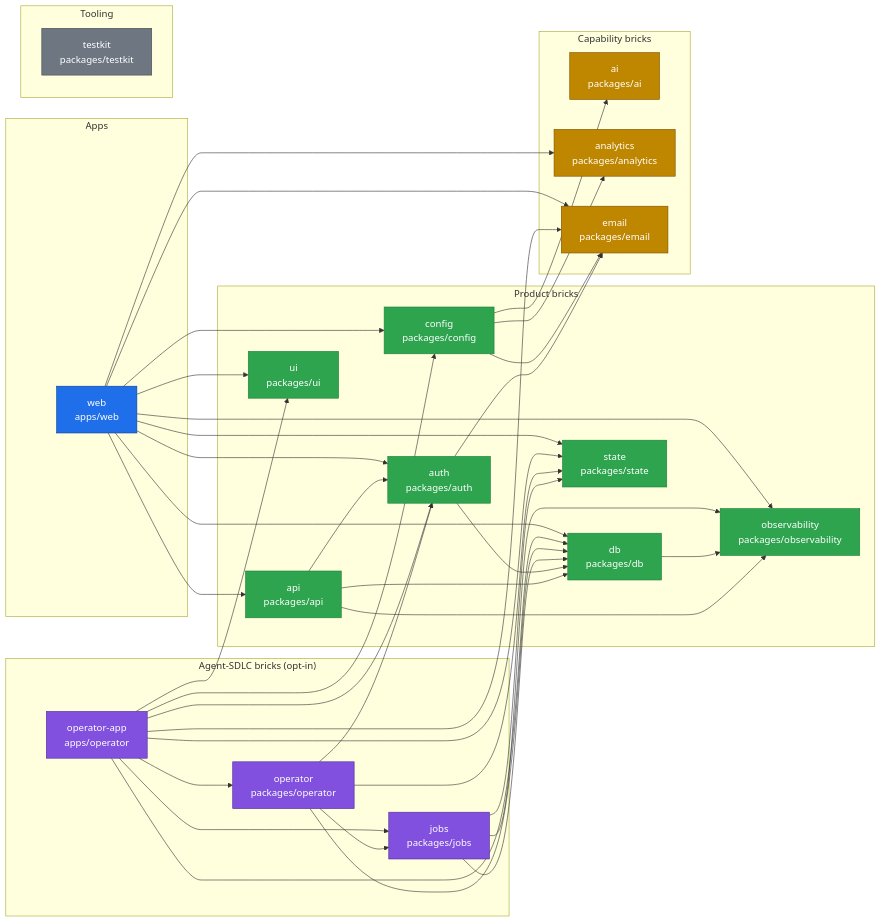
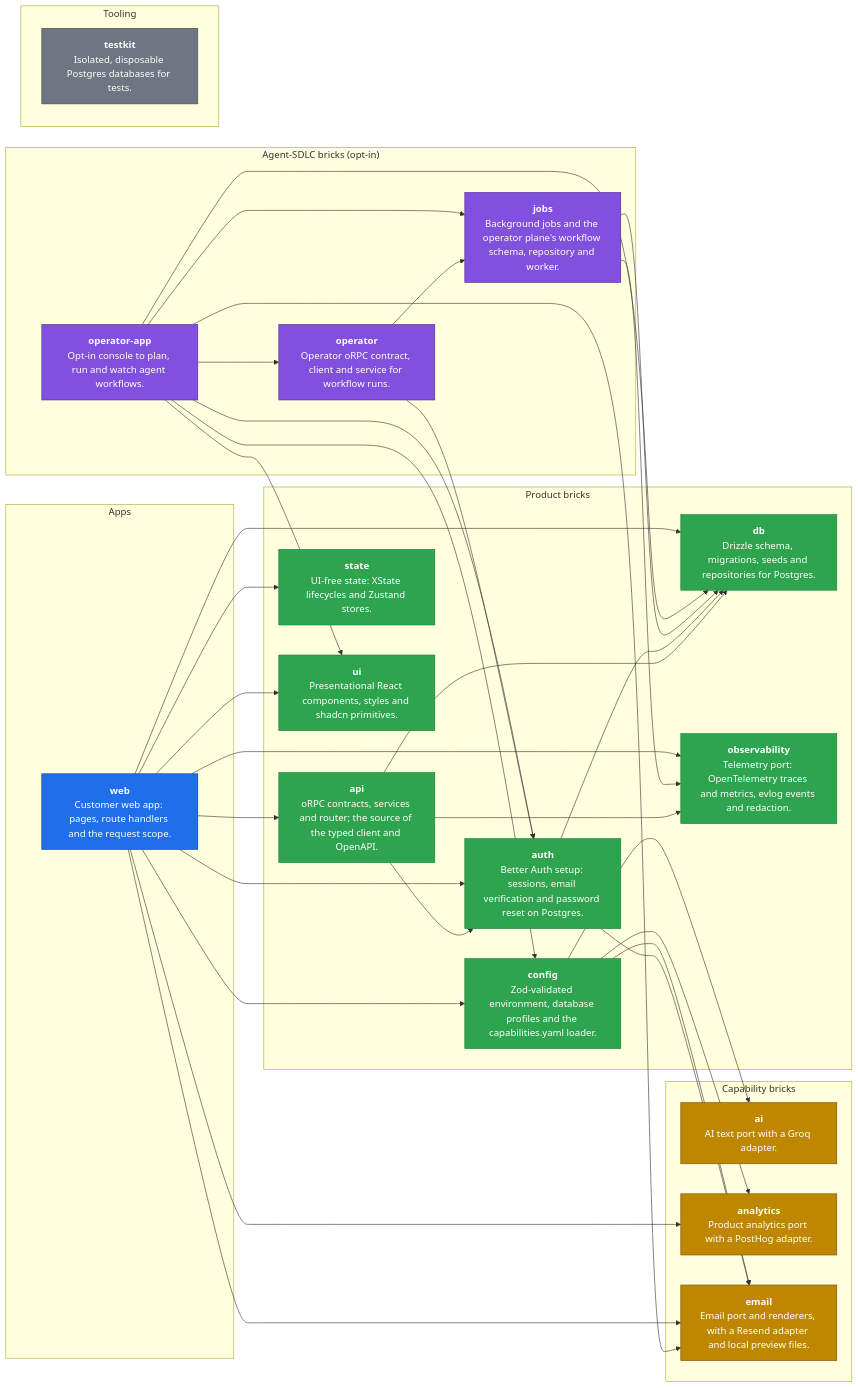
Before and after one commit to jeffscottward/darkfactory: the diagram in docs/generated/package-graph.md, drawn with Mermaid. The commit also changed other lines of this file and 183 other files, not shown here.

````diff
--- a/docs/generated/package-graph.md
+++ b/docs/generated/package-graph.md
@@ -7,71 +7,66 @@
 ```mermaid
 flowchart LR
   subgraph appBricks["Apps"]
-    darkfactory_web["web<br/>apps/web"]
+    darkfactory_web["<b>web</b><br/>Customer web app: pages, route handlers and the request scope."]
   end
   subgraph productBricks["Product bricks"]
-    darkfactory_api["api<br/>packages/api"]
-    darkfactory_auth["auth<br/>packages/auth"]
-    darkfactory_config["config<br/>packages/config"]
-    darkfactory_db["db<br/>packages/db"]
-    darkfactory_observability["observability<br/>packages/observability"]
-    darkfactory_state["state<br/>packages/state"]
-    darkfactory_ui["ui<br/>packages/ui"]
+    darkfactory_api["<b>api</b><br/>oRPC contracts, services and router; the source of the typed client and OpenAPI."]
+    darkfactory_auth["<b>auth</b><br/>Better Auth setup: sessions, email verification and password reset on Postgres."]
+    darkfactory_config["<b>config</b><br/>Zod-validated environment, database profiles and the capabilities.yaml loader."]
+    darkfactory_db["<b>db</b><br/>Drizzle schema, migrations, seeds and repositories for Postgres."]
+    darkfactory_observability["<b>observability</b><br/>Telemetry port: OpenTelemetry traces and metrics, evlog events and redaction."]
+    darkfactory_state["<b>state</b><br/>UI-free state: XState lifecycles and Zustand stores."]
+    darkfactory_ui["<b>ui</b><br/>Presentational React components, styles and shadcn primitives."]
   end
   subgraph capabilityBricks["Capability bricks"]
-    darkfactory_ai["ai<br/>packages/ai"]
-    darkfactory_analytics["analytics<br/>packages/analytics"]
-    darkfactory_email["email<br/>packages/email"]
+    darkfactory_ai["<b>ai</b><br/>AI text port with a Groq adapter."]
+    darkfactory_analytics["<b>analytics</b><br/>Product analytics port with a PostHog adapter."]
+    darkfactory_email["<b>email</b><br/>Email port and renderers, with a Resend adapter and local preview files."]
   end
   subgraph agentSdlcBricks["Agent-SDLC bricks (opt-in)"]
-    darkfactory_jobs["jobs<br/>packages/jobs"]
-    darkfactory_operator["operator<br/>packages/operator"]
-    darkfactory_operator_app["operator-app<br/>apps/operator"]
+    darkfactory_jobs["<b>jobs</b><br/>Background jobs and the operator plane's workflow schema, repository and worker."]
+    darkfactory_operator["<b>operator</b><br/>Operator oRPC contract, client and service for workflow runs."]
+    darkfactory_operator_app["<b>operator-app</b><br/>Opt-in console to plan, run and watch agent workflows."]
   end
   subgraph toolingBricks["Tooling"]
-    darkfactory_testkit["testkit<br/>packages/testkit"]
+    darkfactory_testkit["<b>testkit</b><br/>Isolated, disposable Postgres databases for tests."]
   end
   darkfactory_api --> darkfactory_auth
   darkfactory_api --> darkfactory_db
   darkfactory_api --> darkfactory_observability
   darkfactory_auth --> darkfactory_db
   darkfactory_auth --> darkfactory_email
   darkfactory_config --> darkfactory_ai
   darkfactory_config --> darkfactory_analytics
   darkfactory_config --> darkfactory_email
-  darkfactory_db --> darkfactory_observability
   darkfactory_jobs --> darkfactory_db
   darkfactory_jobs --> darkfactory_observability
-  darkfactory_jobs --> darkfactory_state
   darkfactory_operator --> darkfactory_auth
-  darkfactory_operator --> darkfactory_db
   darkfactory_operator --> darkfactory_jobs
-  darkfactory_operator --> darkfactory_state
   darkfactory_operator_app --> darkfactory_auth
   darkfactory_operator_app --> darkfactory_config
   darkfactory_operator_app --> darkfactory_db
   darkfactory_operator_app --> darkfactory_email
   darkfactory_operator_app --> darkfactory_jobs
   darkfactory_operator_app --> darkfactory_operator
-  darkfactory_operator_app --> darkfactory_state
   darkfactory_operator_app --> darkfactory_ui
   darkfactory_web --> darkfactory_analytics
   darkfactory_web --> darkfactory_api
   darkfactory_web --> darkfactory_auth
   darkfactory_web --> darkfactory_config
   darkfactory_web --> darkfactory_db
   darkfactory_web --> darkfactory_email
   darkfactory_web --> darkfactory_observability
   darkfactory_web --> darkfactory_state
   darkfactory_web --> darkfactory_ui
   classDef app fill:#1f6feb,stroke:#0b3d91,color:#ffffff
   class darkfactory_web app
   classDef product fill:#2ea44f,stroke:#1a7f37,color:#ffffff
   class darkfactory_api,darkfactory_auth,darkfactory_config,darkfactory_db,darkfactory_observability,darkfactory_state,darkfactory_ui product
   classDef capability fill:#bf8700,stroke:#7d4e00,color:#ffffff
   class darkfactory_ai,darkfactory_analytics,darkfactory_email capability
   classDef agentSdlc fill:#8250df,stroke:#512a97,color:#ffffff
   class darkfactory_jobs,darkfactory_operator,darkfactory_operator_app agentSdlc
   classDef tooling fill:#6e7781,stroke:#424a53,color:#ffffff
   class darkfactory_testkit tooling
 ```
````
